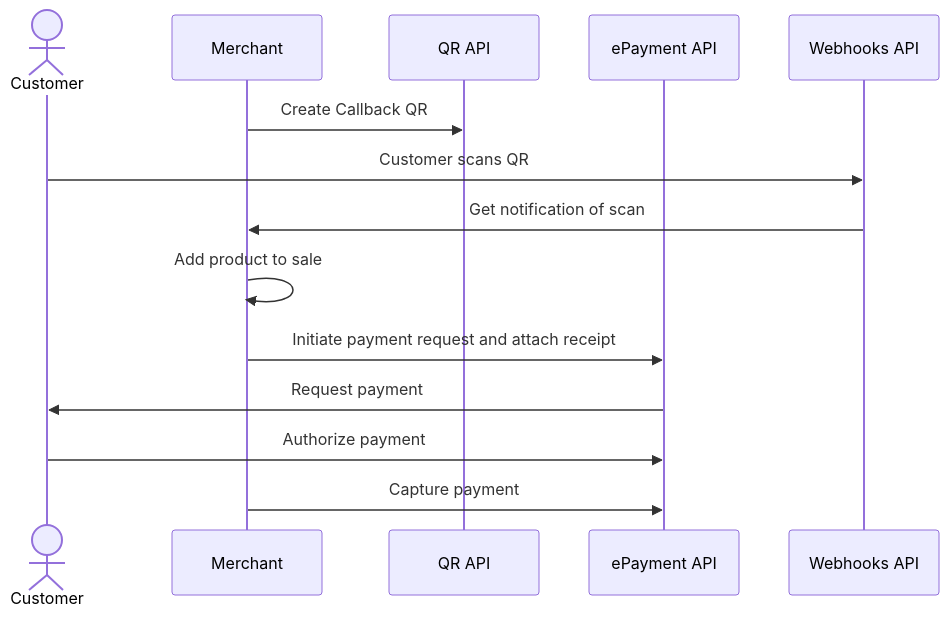
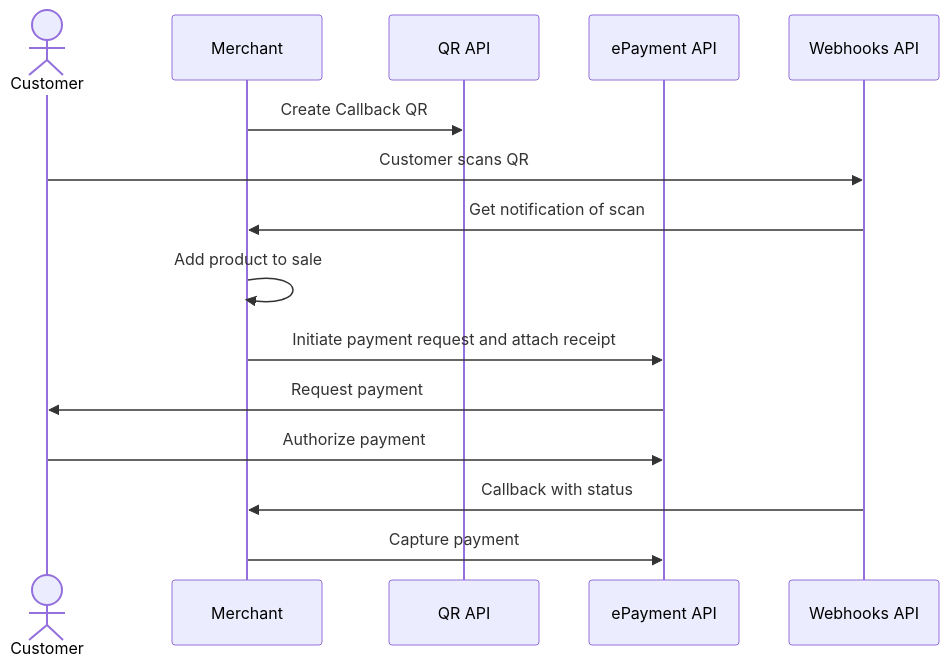
Before and after one commit to vippsas/vipps-solutions: the diagram in static-qr-at-pos/README.md, drawn with Mermaid. The commit also changed other lines of this file and 16 other files, not shown here.

Commit message:
Use webhooks in all the ePayment sequence diagrams

````diff
--- a/static-qr-at-pos/README.md
+++ b/static-qr-at-pos/README.md
@@ -186,17 +184,18 @@
 ``` mermaid
 sequenceDiagram
     actor C as Customer
     participant M as Merchant
     participant QR as QR API
     participant ePayment as ePayment API
     participant Webhooks as Webhooks API
 
     M->>QR: Create Callback QR
     C->>Webhooks: Customer scans QR
     Webhooks->>M: Get notification of scan
     M->>M: Add product to sale
     M->>ePayment: Initiate payment request and attach receipt
     ePayment->>C: Request payment
     C->>ePayment: Authorize payment
+    Webhooks->>M: Callback with status
     M->>ePayment: Capture payment
 ```
````
